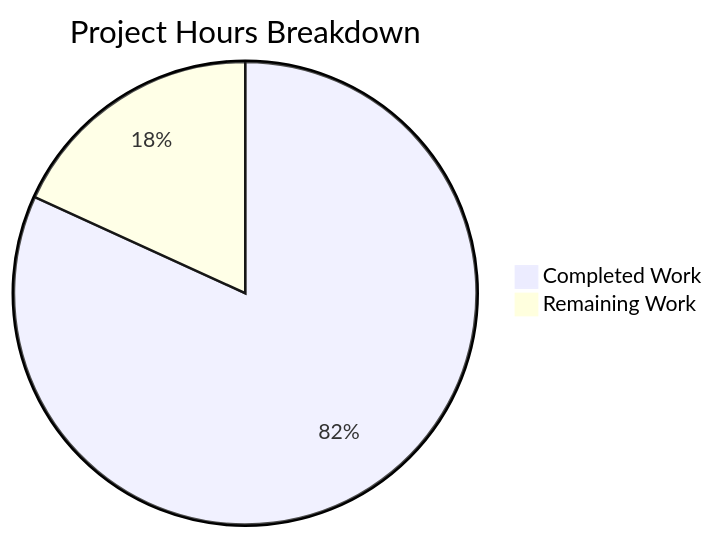
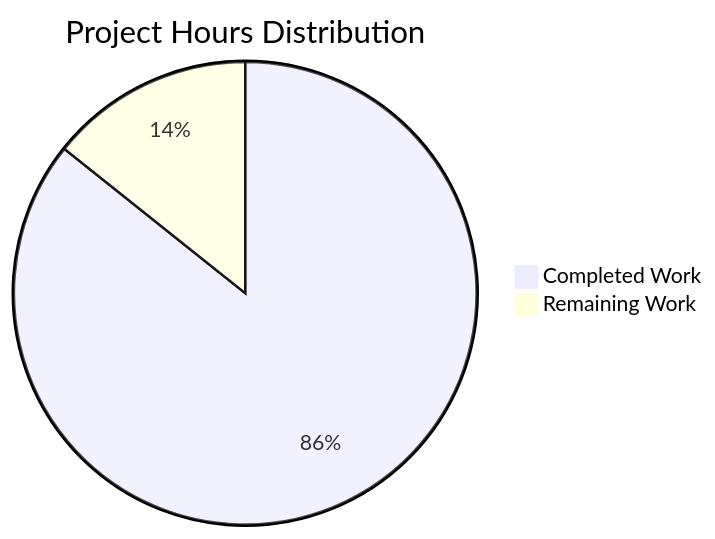
Before and after one commit to sudhanshu-spec/test-spec: the diagram in blitzy/documentation/Project Guide.md, drawn with Mermaid. The commit also changed other lines of this file, not shown here.

Commit message:
Adding Blitzy Project Guide: Project Status and Human Tasks Remaining

````diff
--- a/blitzy/documentation/Project Guide.md
+++ b/blitzy/documentation/Project Guide.md
@@ -24,5 +30,5 @@
 ```mermaid
-pie title Project Hours Breakdown
-    "Completed Work" : 18
-    "Remaining Work" : 4
+pie title Project Hours Distribution
+    "Completed Work" : 6
+    "Remaining Work" : 1
 ```
````
